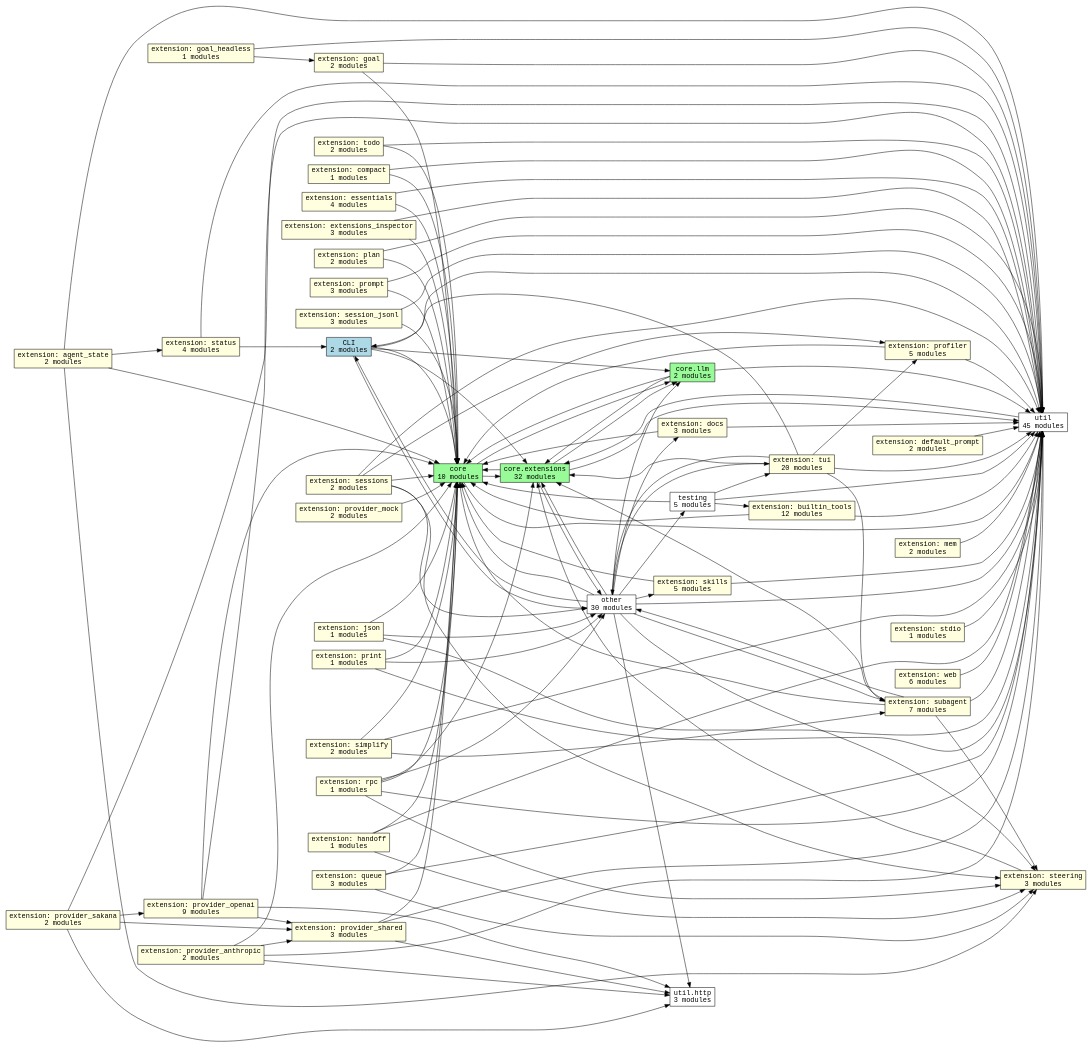
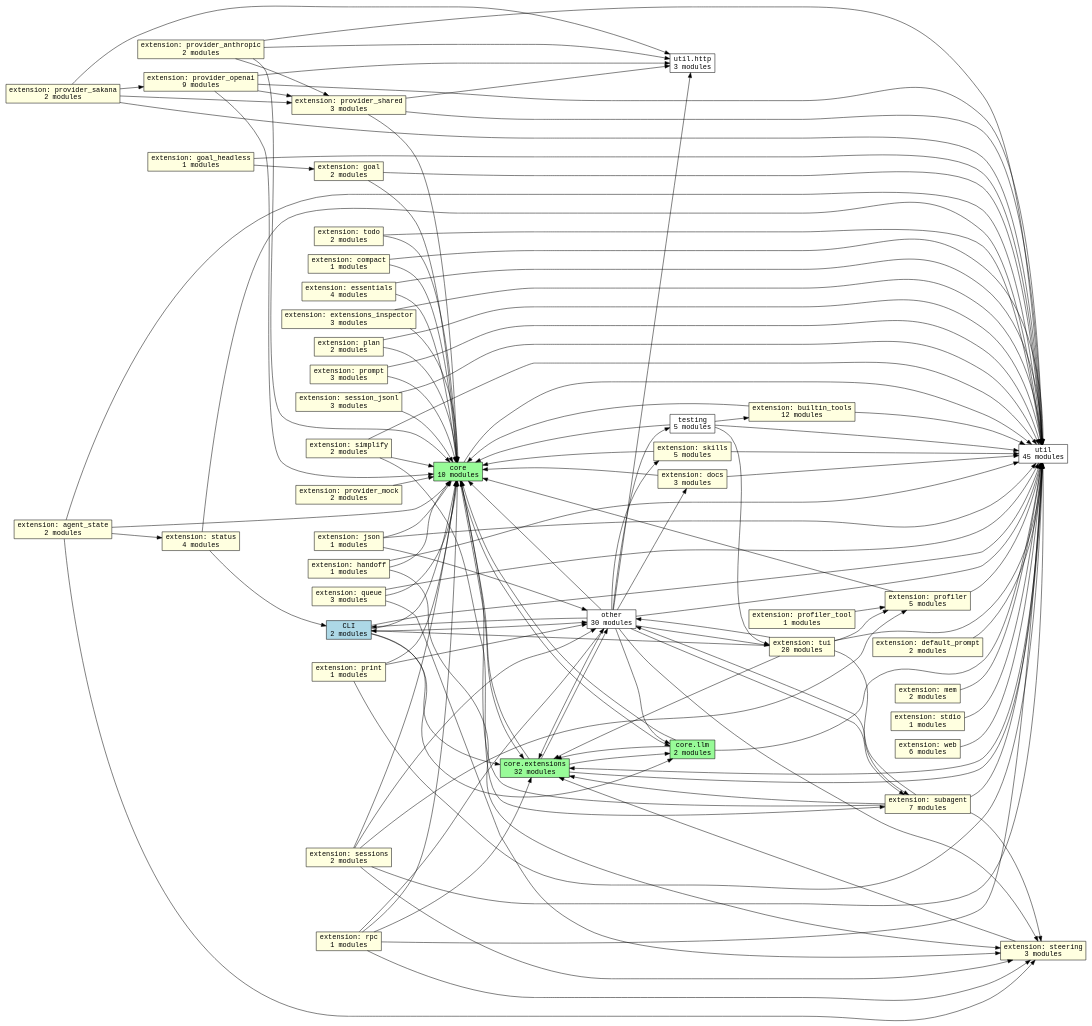
The diagram in docs/graphs/subsystems.dot (acmiyaguchi/fen), drawn with Graphviz before and after one commit. The commit also changed 17 other files, not shown here.

```diff
--- a/docs/graphs/subsystems.dot
+++ b/docs/graphs/subsystems.dot
@@ -1,168 +1,170 @@
 digraph fen_subsystems {
   graph [rankdir=LR];
   node [shape=box, fontname="monospace"];
   edge [fontname="monospace"];
   "cli" [fillcolor="lightblue", label="CLI\n2 modules", style="filled"];
   "core" [fillcolor="palegreen", label="core\n10 modules", style="filled"];
   "core.extensions" [fillcolor="palegreen", label="core.extensions\n32 modules", style="filled"];
   "core.llm" [fillcolor="palegreen", label="core.llm\n2 modules", style="filled"];
   "extension.agent_state" [fillcolor="lightyellow", label="extension: agent_state\n2 modules", style="filled"];
   "extension.builtin_tools" [fillcolor="lightyellow", label="extension: builtin_tools\n12 modules", style="filled"];
   "extension.compact" [fillcolor="lightyellow", label="extension: compact\n1 modules", style="filled"];
   "extension.default_prompt" [fillcolor="lightyellow", label="extension: default_prompt\n2 modules", style="filled"];
   "extension.docs" [fillcolor="lightyellow", label="extension: docs\n3 modules", style="filled"];
   "extension.essentials" [fillcolor="lightyellow", label="extension: essentials\n4 modules", style="filled"];
   "extension.extensions_inspector" [fillcolor="lightyellow", label="extension: extensions_inspector\n3 modules", style="filled"];
   "extension.goal" [fillcolor="lightyellow", label="extension: goal\n2 modules", style="filled"];
   "extension.goal_headless" [fillcolor="lightyellow", label="extension: goal_headless\n1 modules", style="filled"];
   "extension.handoff" [fillcolor="lightyellow", label="extension: handoff\n1 modules", style="filled"];
   "extension.json" [fillcolor="lightyellow", label="extension: json\n1 modules", style="filled"];
   "extension.mem" [fillcolor="lightyellow", label="extension: mem\n2 modules", style="filled"];
   "extension.plan" [fillcolor="lightyellow", label="extension: plan\n2 modules", style="filled"];
   "extension.print" [fillcolor="lightyellow", label="extension: print\n1 modules", style="filled"];
   "extension.profiler" [fillcolor="lightyellow", label="extension: profiler\n5 modules", style="filled"];
+  "extension.profiler_tool" [fillcolor="lightyellow", label="extension: profiler_tool\n1 modules", style="filled"];
   "extension.prompt" [fillcolor="lightyellow", label="extension: prompt\n3 modules", style="filled"];
   "extension.provider_anthropic" [fillcolor="lightyellow", label="extension: provider_anthropic\n2 modules", style="filled"];
   "extension.provider_mock" [fillcolor="lightyellow", label="extension: provider_mock\n2 modules", style="filled"];
   "extension.provider_openai" [fillcolor="lightyellow", label="extension: provider_openai\n9 modules", style="filled"];
   "extension.provider_sakana" [fillcolor="lightyellow", label="extension: provider_sakana\n2 modules", style="filled"];
   "extension.provider_shared" [fillcolor="lightyellow", label="extension: provider_shared\n3 modules", style="filled"];
   "extension.queue" [fillcolor="lightyellow", label="extension: queue\n3 modules", style="filled"];
   "extension.rpc" [fillcolor="lightyellow", label="extension: rpc\n1 modules", style="filled"];
   "extension.session_jsonl" [fillcolor="lightyellow", label="extension: session_jsonl\n3 modules", style="filled"];
   "extension.sessions" [fillcolor="lightyellow", label="extension: sessions\n2 modules", style="filled"];
   "extension.simplify" [fillcolor="lightyellow", label="extension: simplify\n2 modules", style="filled"];
   "extension.skills" [fillcolor="lightyellow", label="extension: skills\n5 modules", style="filled"];
   "extension.status" [fillcolor="lightyellow", label="extension: status\n4 modules", style="filled"];
   "extension.stdio" [fillcolor="lightyellow", label="extension: stdio\n1 modules", style="filled"];
   "extension.steering" [fillcolor="lightyellow", label="extension: steering\n3 modules", style="filled"];
   "extension.subagent" [fillcolor="lightyellow", label="extension: subagent\n7 modules", style="filled"];
   "extension.todo" [fillcolor="lightyellow", label="extension: todo\n2 modules", style="filled"];
   "extension.tui" [fillcolor="lightyellow", label="extension: tui\n20 modules", style="filled"];
   "extension.web" [fillcolor="lightyellow", label="extension: web\n6 modules", style="filled"];
   "other" [fillcolor="white", label="other\n30 modules", style="filled"];
   "testing" [fillcolor="white", label="testing\n5 modules", style="filled"];
   "util" [fillcolor="white", label="util\n45 modules", style="filled"];
   "util.http" [fillcolor="white", label="util.http\n3 modules", style="filled"];
   "cli" -> "core";
   "cli" -> "core.extensions";
   "cli" -> "core.llm";
   "cli" -> "other";
   "cli" -> "util";
   "core" -> "core.extensions";
   "core" -> "core.llm";
   "core" -> "util";
   "core.extensions" -> "core";
   "core.extensions" -> "core.llm";
   "core.extensions" -> "other";
   "core.extensions" -> "util";
   "core.llm" -> "core";
   "core.llm" -> "core.extensions";
   "core.llm" -> "util";
   "extension.agent_state" -> "core";
   "extension.agent_state" -> "extension.status";
   "extension.agent_state" -> "extension.steering";
   "extension.agent_state" -> "util";
   "extension.builtin_tools" -> "core";
   "extension.builtin_tools" -> "util";
   "extension.compact" -> "core";
   "extension.compact" -> "util";
   "extension.default_prompt" -> "util";
   "extension.docs" -> "core";
   "extension.docs" -> "util";
   "extension.essentials" -> "core";
   "extension.essentials" -> "util";
   "extension.extensions_inspector" -> "core";
   "extension.extensions_inspector" -> "util";
   "extension.goal" -> "core";
   "extension.goal" -> "util";
   "extension.goal_headless" -> "extension.goal";
   "extension.goal_headless" -> "util";
   "extension.handoff" -> "core";
   "extension.handoff" -> "extension.steering";
   "extension.handoff" -> "util";
   "extension.json" -> "core";
   "extension.json" -> "other";
   "extension.json" -> "util";
   "extension.mem" -> "util";
   "extension.plan" -> "core";
   "extension.plan" -> "util";
   "extension.print" -> "core";
   "extension.print" -> "other";
   "extension.print" -> "util";
   "extension.profiler" -> "core";
   "extension.profiler" -> "util";
+  "extension.profiler_tool" -> "extension.profiler";
   "extension.prompt" -> "core";
   "extension.prompt" -> "util";
   "extension.provider_anthropic" -> "core";
   "extension.provider_anthropic" -> "extension.provider_shared";
   "extension.provider_anthropic" -> "util";
   "extension.provider_anthropic" -> "util.http";
   "extension.provider_mock" -> "core";
   "extension.provider_openai" -> "core";
   "extension.provider_openai" -> "extension.provider_shared";
   "extension.provider_openai" -> "util";
   "extension.provider_openai" -> "util.http";
   "extension.provider_sakana" -> "extension.provider_openai";
   "extension.provider_sakana" -> "extension.provider_shared";
   "extension.provider_sakana" -> "util";
   "extension.provider_sakana" -> "util.http";
   "extension.provider_shared" -> "core";
   "extension.provider_shared" -> "util";
   "extension.provider_shared" -> "util.http";
   "extension.queue" -> "core";
   "extension.queue" -> "extension.steering";
   "extension.queue" -> "util";
   "extension.rpc" -> "core";
   "extension.rpc" -> "core.extensions";
   "extension.rpc" -> "extension.steering";
   "extension.rpc" -> "other";
   "extension.rpc" -> "util";
   "extension.session_jsonl" -> "core";
   "extension.session_jsonl" -> "util";
   "extension.sessions" -> "core";
   "extension.sessions" -> "extension.profiler";
   "extension.sessions" -> "extension.steering";
   "extension.sessions" -> "other";
   "extension.sessions" -> "util";
   "extension.simplify" -> "core";
   "extension.simplify" -> "extension.subagent";
   "extension.simplify" -> "util";
   "extension.skills" -> "core";
   "extension.skills" -> "util";
   "extension.status" -> "cli";
   "extension.status" -> "util";
   "extension.stdio" -> "util";
   "extension.steering" -> "core.extensions";
   "extension.subagent" -> "core";
   "extension.subagent" -> "core.extensions";
   "extension.subagent" -> "extension.steering";
   "extension.subagent" -> "other";
   "extension.subagent" -> "util";
   "extension.todo" -> "core";
   "extension.todo" -> "util";
   "extension.tui" -> "cli";
   "extension.tui" -> "core.extensions";
   "extension.tui" -> "extension.profiler";
   "extension.tui" -> "extension.subagent";
   "extension.tui" -> "other";
   "extension.tui" -> "util";
   "extension.web" -> "util";
   "other" -> "cli";
   "other" -> "core";
   "other" -> "core.extensions";
   "other" -> "core.llm";
   "other" -> "extension.docs";
   "other" -> "extension.skills";
   "other" -> "extension.steering";
   "other" -> "extension.subagent";
   "other" -> "extension.tui";
   "other" -> "testing";
   "other" -> "util";
   "other" -> "util.http";
   "testing" -> "core";
   "testing" -> "extension.builtin_tools";
   "testing" -> "extension.tui";
   "testing" -> "util";
   "util" -> "core.extensions";
 }
```
